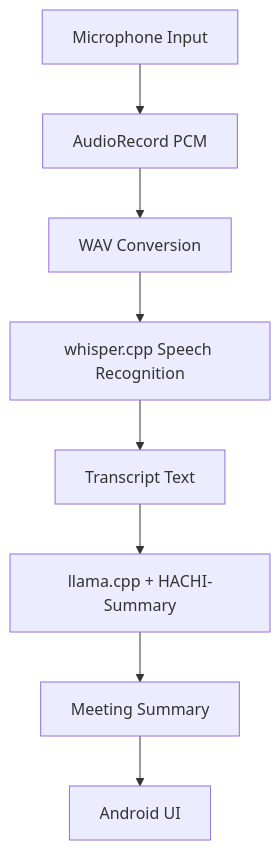
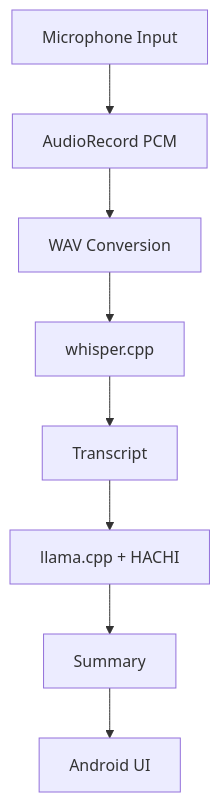
The diagram in README.md (yamanobora/Android-Offline-Meeting-Recorder), drawn with Mermaid before and after one commit. The commit also changed other lines of this file, not shown here.

````diff
--- a/README.md
+++ b/README.md
@@ -124,20 +198,20 @@
 ```mermaid
 graph TD
 
 A[Microphone Input]
 B[AudioRecord PCM]
 C[WAV Conversion]
-D[whisper.cpp Speech Recognition]
-E[Transcript Text]
-F[llama.cpp + HACHI-Summary]
-G[Meeting Summary]
+D[whisper.cpp]
+E[Transcript]
+F[llama.cpp + HACHI]
+G[Summary]
 H[Android UI]
 
 A --> B
 B --> C
 C --> D
 D --> E
 E --> F
 F --> G
 G --> H
 ```
````
